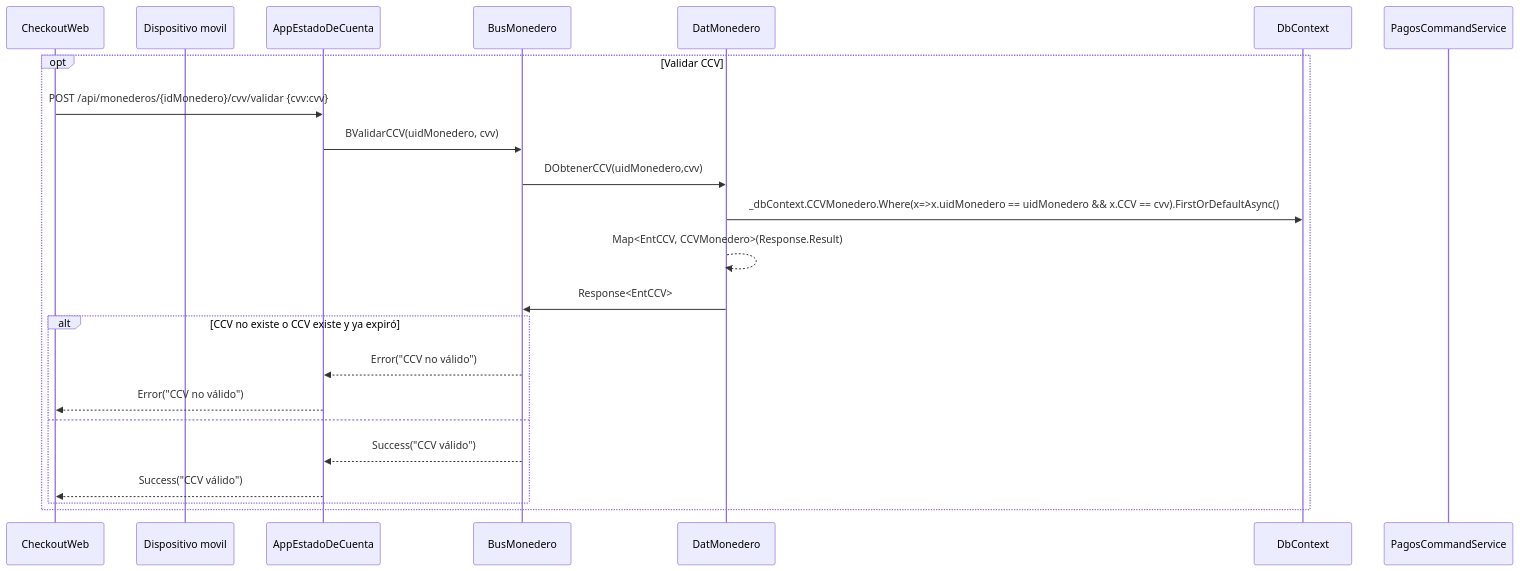
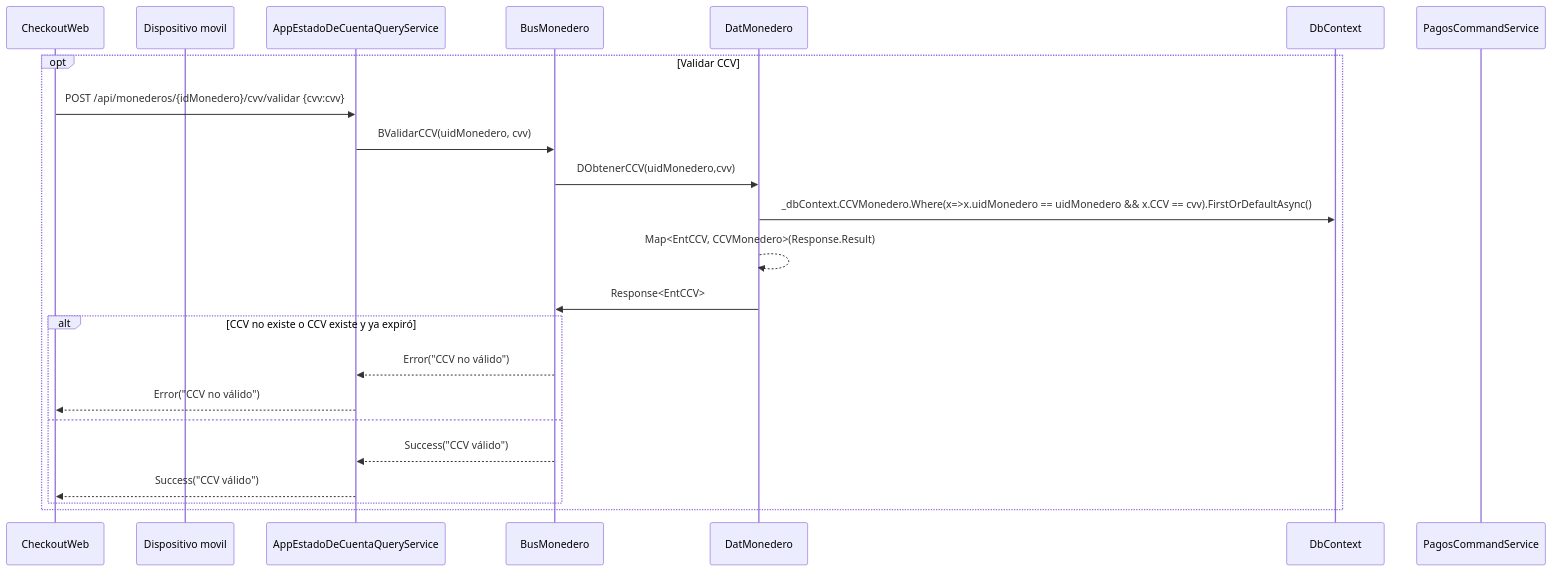
One commit to ymanzon/mermaid-studio-diagrams changed the diagram in mermaid-diagrams/diagrams/validarccv/diagram.mmd. Above: the diagram before and after it, drawn with Mermaid.

Commit message:
Mermaid Studio: update «ValidarCCV»

```diff
--- a/mermaid-diagrams/diagrams/validarccv/diagram.mmd
+++ b/mermaid-diagrams/diagrams/validarccv/diagram.mmd
@@ -1,24 +1,24 @@
 sequenceDiagram
     participant c2 as CheckoutWeb
     participant c1 as Dispositivo movil
-    participant ms1 as AppEstadoDeCuenta
+    participant ms1 as AppEstadoDeCuentaQueryService
     participant buss1 as BusMonedero
     participant dat1 as DatMonedero
     participant DB as DbContext
     participant ms2 as PagosCommandService
 
     opt Validar CCV 
         c2->>ms1: POST	/api/monederos/{idMonedero}/cvv/validar {cvv:cvv}
         ms1->>buss1: BValidarCCV(uidMonedero, cvv)
         buss1->>dat1: DObtenerCCV(uidMonedero,cvv)
         dat1->>DB:_dbContext.CCVMonedero.Where(x=>x.uidMonedero == uidMonedero && x.CCV == cvv).FirstOrDefaultAsync()
         dat1-->>dat1: Map<EntCCV, CCVMonedero>(Response.Result)
         dat1->>buss1:Response<EntCCV>
         alt CCV no existe o CCV existe y ya expiró
             buss1-->>ms1:Error("CCV no válido")
             ms1-->>c2:Error("CCV no válido")
         else
             buss1-->>ms1:Success("CCV válido")
             ms1-->>c2:Success("CCV válido")
         end
     end
```
